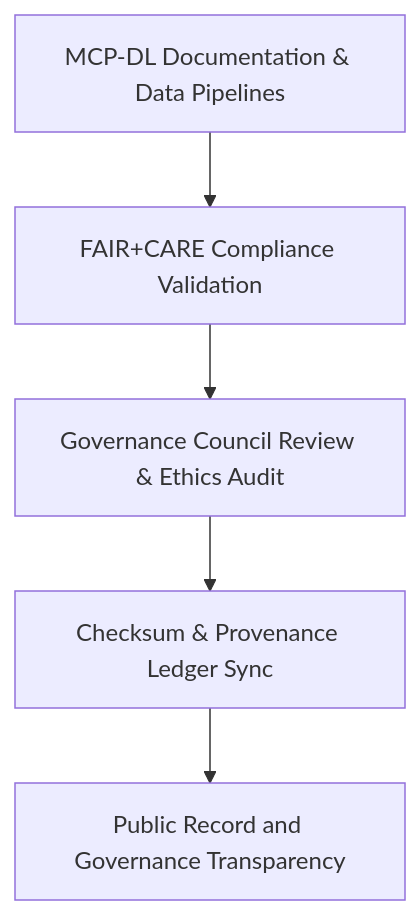
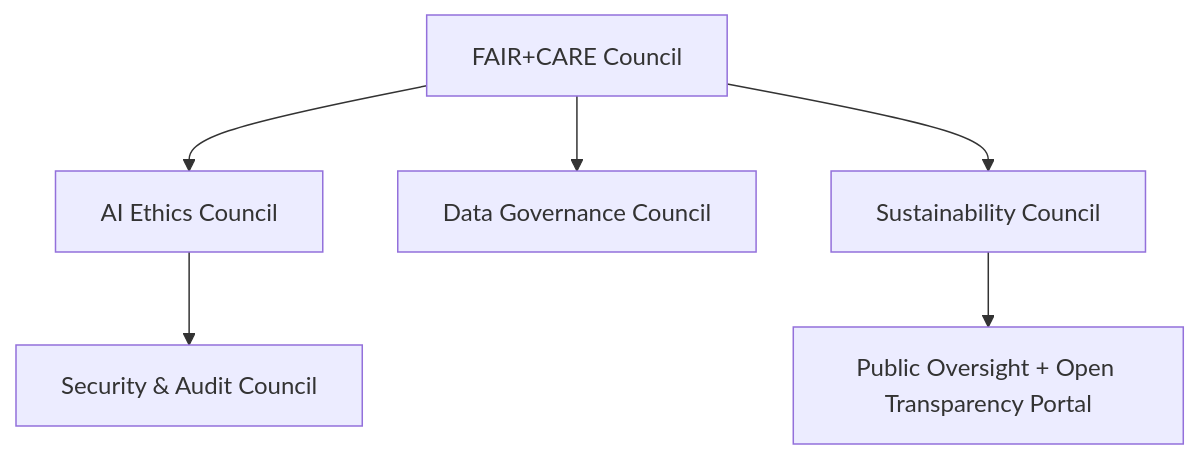
The first of 3 diagrams in docs/standards/governance/README.md (bartytime4life/Kansas-Frontier-Matrix), drawn with Mermaid before and after one commit. The commit also changed other lines of this file, not shown here.

Commit message:
Update governance standards to version 9.6.0

````diff
--- a/docs/standards/governance/README.md
+++ b/docs/standards/governance/README.md
@@ -82,7 +63,8 @@
 ```mermaid
 flowchart TD
-  A["MCP-DL Documentation & Data Pipelines"] --> B["FAIR+CARE Compliance Validation"]
-  B --> C["Governance Council Review & Ethics Audit"]
-  C --> D["Checksum & Provenance Ledger Sync"]
-  D --> E["Public Record and Governance Transparency"]
+    A["FAIR+CARE Council"] --> B["AI Ethics Council"]
+    A --> C["Data Governance Council"]
+    A --> D["Sustainability Council"]
+    B --> E["Security & Audit Council"]
+    D --> F["Public Oversight + Open Transparency Portal"]
 ```
````
